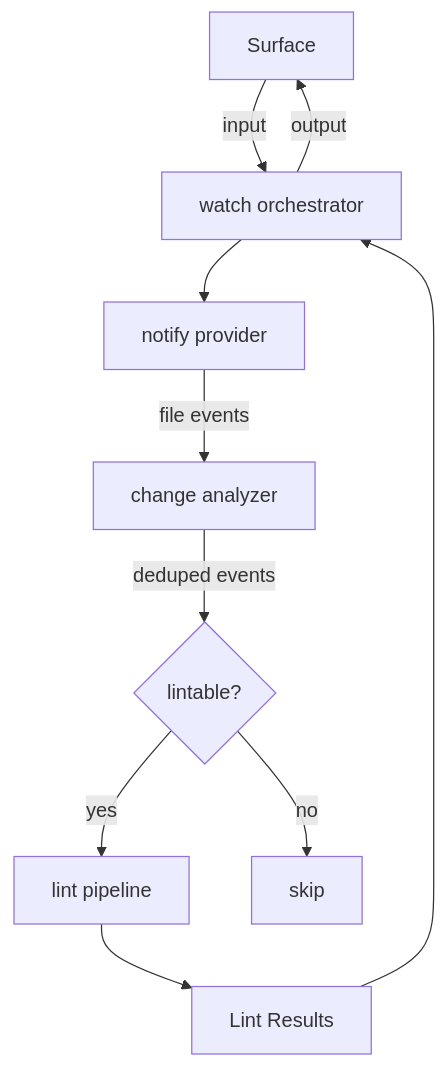
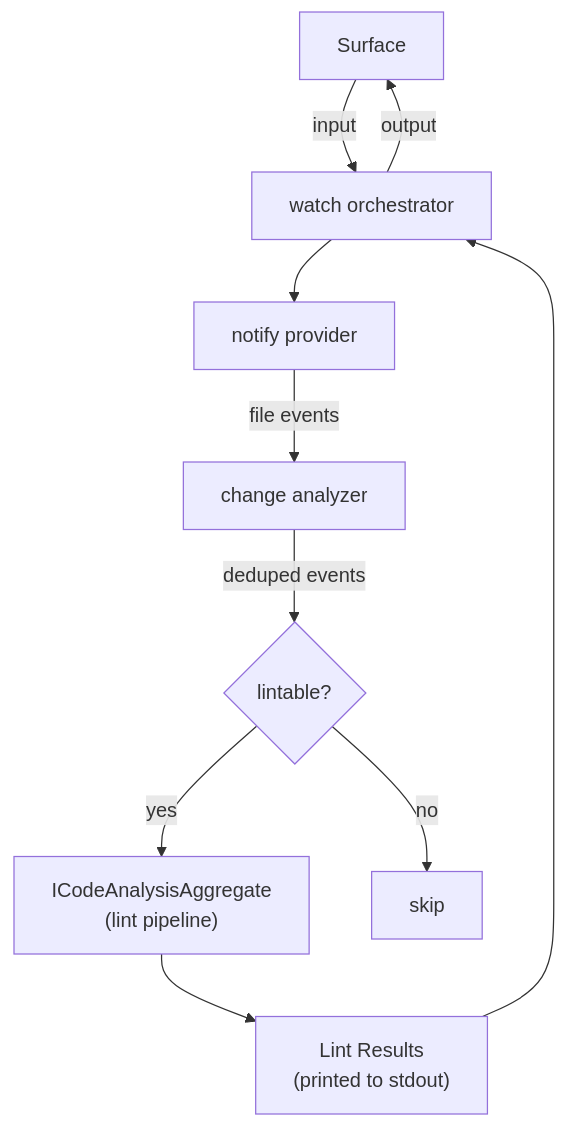
Before and after one commit to rakaarwaky/lint-arwaky: the diagram in crates/file-watch/FRD.md, drawn with Mermaid. The commit also changed other lines of this file and 60 other files, not shown here.

First line of the commit message:
feat(graph-loop): Implement state manager and trigger scanner for pipeline orchestration

````diff
--- a/crates/file-watch/FRD.md
+++ b/crates/file-watch/FRD.md
@@ -9,15 +9,15 @@
 ```mermaid
 flowchart TD
     A["Surface"] -->|input| B["watch orchestrator"]
     B --> C["notify provider"]
     C -->|file events| D["change analyzer"]
     D -->|deduped events| E{"lintable?"}
 
-    E -->|"yes"| F["lint pipeline"]
+    E -->|"yes"| F["ICodeAnalysisAggregate\n(lint pipeline)"]
     E -->|"no"| G["skip"]
 
-    F --> H["Lint Results"]
+    F --> H["Lint Results\n(printed to stdout)"]
     H --> B
     B -->|output| A
 
 ```
````
